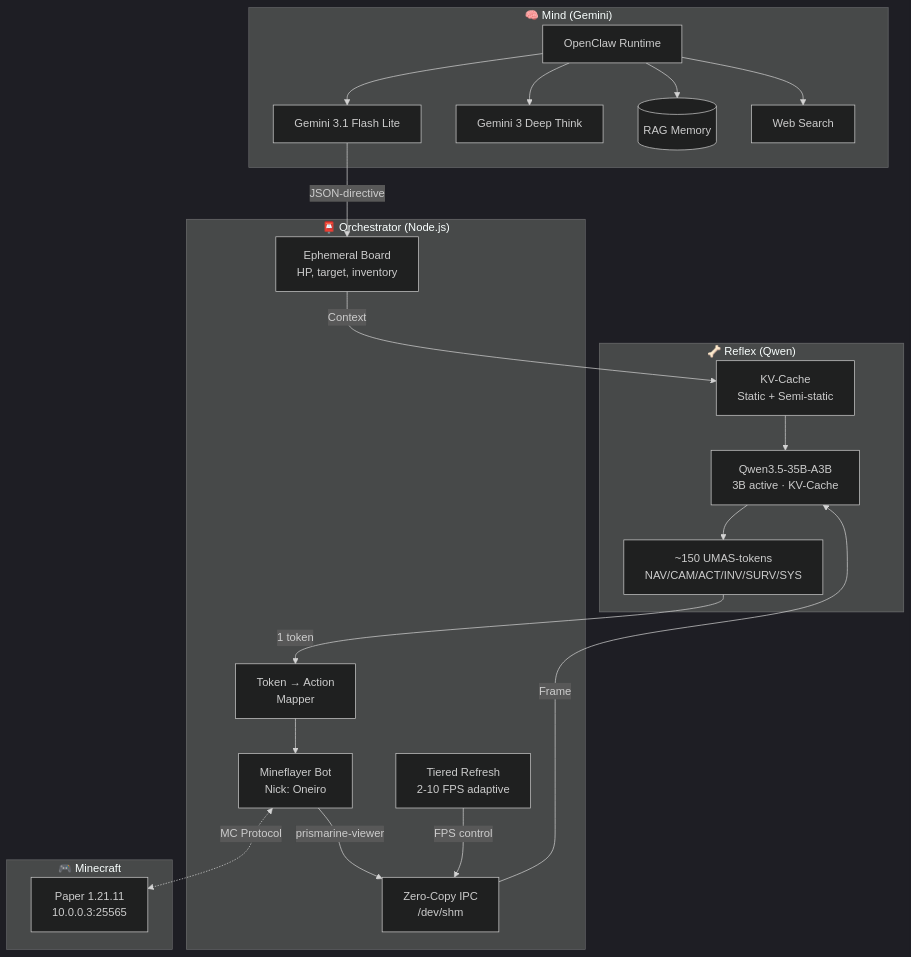
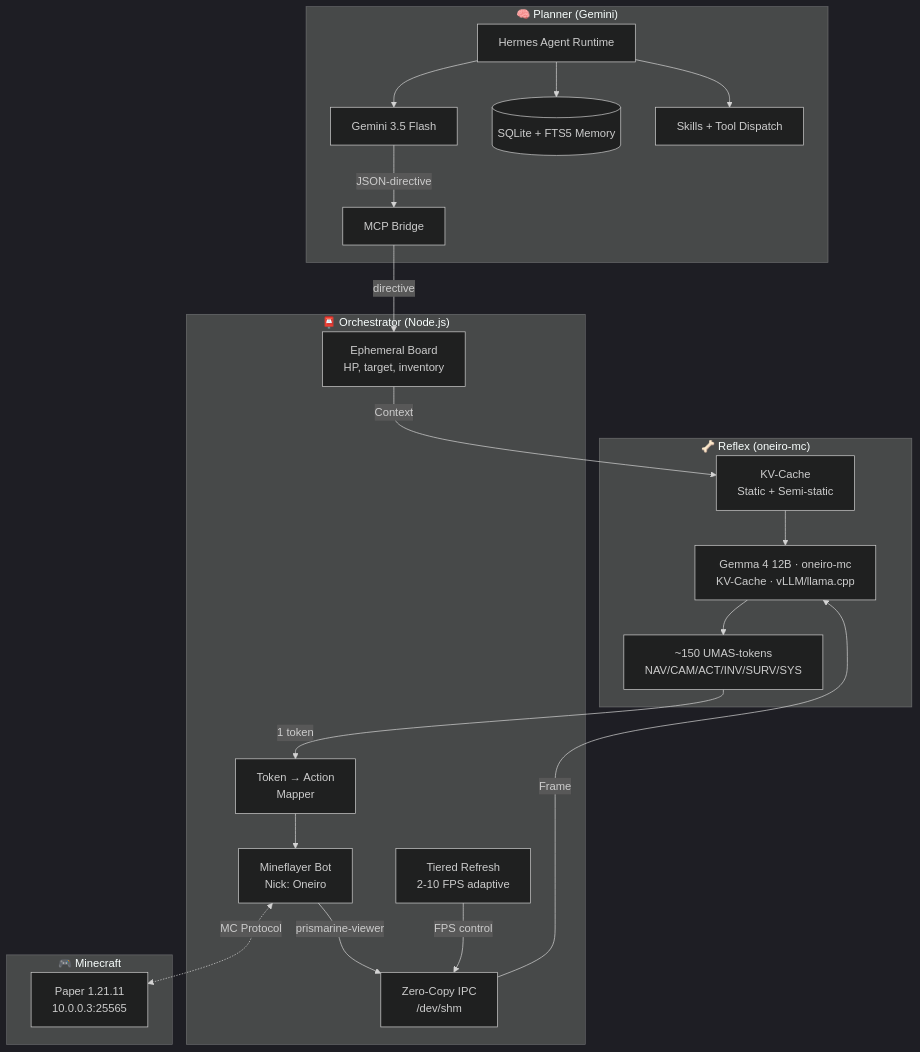
One commit to celestislab/Clotho changed the first of 2 diagrams in docs/architecture.md. Above: the diagram before and after it, drawn with Mermaid (dark theme). The commit also changed other lines of this file and 3 other files, not shown here.

First line of the commit message:
architecture: flip model roles — Gemma=reflex, Gemini=planner

````diff
--- a/docs/architecture.md
+++ b/docs/architecture.md
@@ -497,45 +507,45 @@
 ```mermaid
 graph TB
-    subgraph "🧠 Mind (Gemini)"
-        OpenClaw[OpenClaw Runtime]
-        Gemini[Gemini 3.1 Flash Lite]
-        DeepThink[Gemini 3 Deep Think]
-        Memory[(RAG Memory)]
-        WebSearch[Web Search]
+    subgraph "🧠 Planner (Gemini)"
+        Hermes[Hermes Agent Runtime]
+        Gemini[Gemini 3.5 Flash]
+        Memory[(SQLite + FTS5 Memory)]
+        Skills[Skills + Tool Dispatch]
+        MCPBridge[MCP Bridge]
     end
 
-    subgraph "🦴 Reflex (Qwen)"
-        QwenModel[Qwen3.5-35B-A3B<br/>3B active · KV-Cache]
+    subgraph "🦴 Reflex (oneiro-mc)"
+        ReflexModel[Gemma 4 12B · oneiro-mc<br/>KV-Cache · vLLM/llama.cpp]
         KVCache[KV-Cache<br/>Static + Semi-static]
         UMAS[~150 UMAS-tokens<br/>NAV/CAM/ACT/INV/SURV/SYS]
     end
 
     subgraph "📮 Orchestrator (Node.js)"
         Bot[Mineflayer Bot<br/>Nick: Oneiro]
         IPC[Zero-Copy IPC<br/>/dev/shm]
         EphBoard[Ephemeral Board<br/>HP, target, inventory]
         TokenMapper[Token → Action<br/>Mapper]
         TieredRefresh[Tiered Refresh<br/>2-10 FPS adaptive]
     end
 
     subgraph "🎮 Minecraft"
         Paper[Paper 1.21.11<br/>10.0.0.3:25565]
     end
 
-    OpenClaw --> Gemini
-    OpenClaw --> DeepThink
-    OpenClaw --> Memory
-    OpenClaw --> WebSearch
-    Gemini -->|JSON-directive| EphBoard
+    Hermes --> Gemini
+    Hermes --> Memory
+    Hermes --> Skills
+    Gemini -->|JSON-directive| MCPBridge
+    MCPBridge -->|directive| EphBoard
 
-    IPC -->|Frame| QwenModel
+    IPC -->|Frame| ReflexModel
     EphBoard -->|Context| KVCache
-    KVCache --> QwenModel
-    QwenModel --> UMAS
+    KVCache --> ReflexModel
+    ReflexModel --> UMAS
     UMAS -->|1 token| TokenMapper
     TokenMapper --> Bot
     TieredRefresh -->|FPS control| IPC
 
     Bot <-.->|MC Protocol| Paper
     Bot -->|prismarine-viewer| IPC
 ```
````
